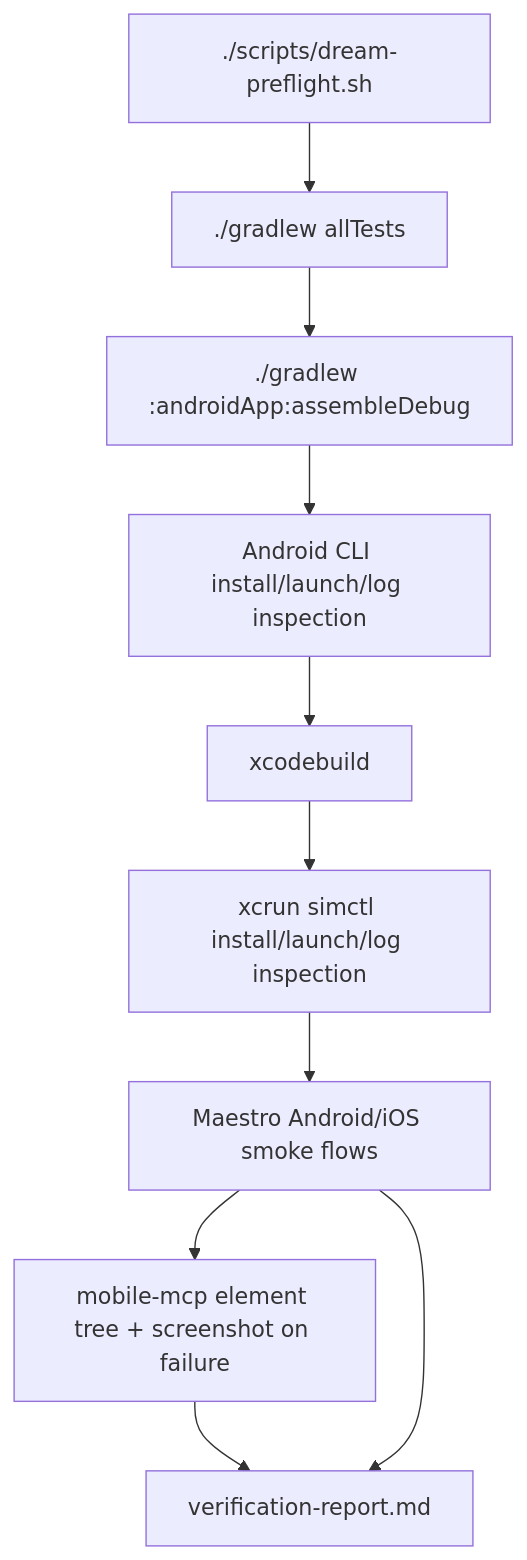
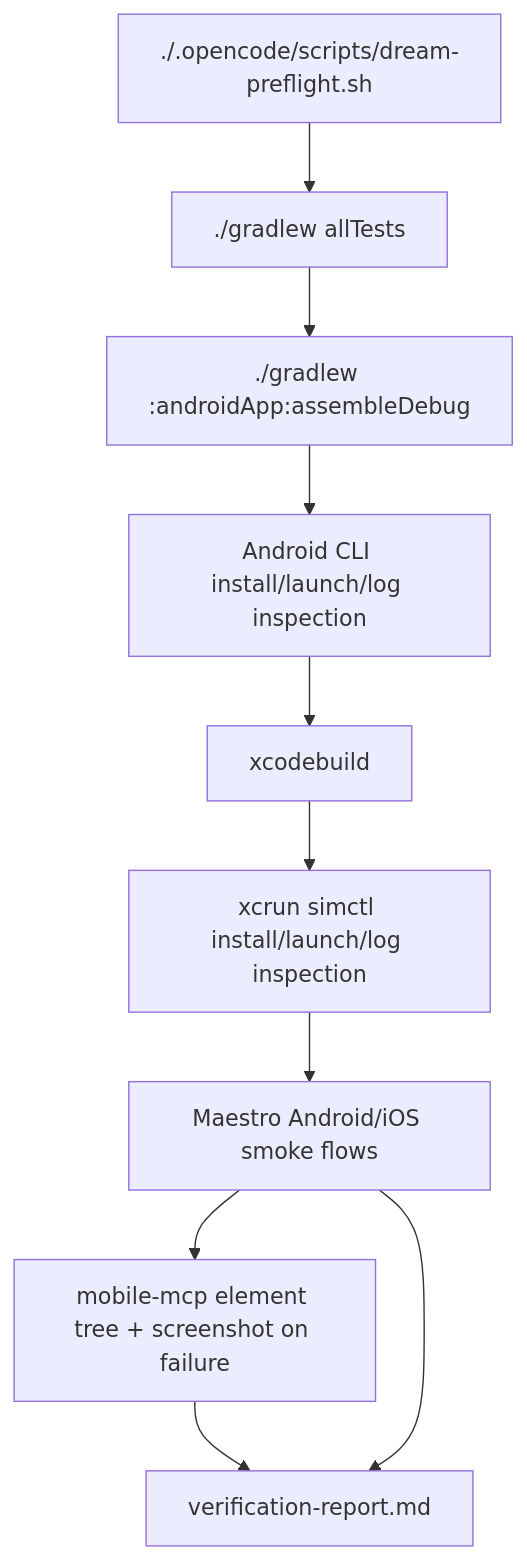
One commit to Helmy2/Dream changed the eighth of 8 diagrams in ONBOARDING.md. Above: the diagram before and after it, drawn with Mermaid. The commit also changed other lines of this file and 19 other files, not shown here.

First line of the commit message:
Move scripts into .opencode/ and protect agent source in generated projects

````diff
--- a/ONBOARDING.md
+++ b/ONBOARDING.md
@@ -282,12 +282,12 @@
 ```mermaid
 flowchart TD
-    Preflight[./scripts/dream-preflight.sh] --> Tests[./gradlew allTests]
+    Preflight[./.opencode/scripts/dream-preflight.sh] --> Tests[./gradlew allTests]
     Tests --> AndroidBuild[./gradlew :androidApp:assembleDebug]
     AndroidBuild --> AndroidRuntime[Android CLI install/launch/log inspection]
     AndroidRuntime --> IOSBuild[xcodebuild]
     IOSBuild --> IOSRuntime[xcrun simctl install/launch/log inspection]
     IOSRuntime --> Maestro[Maestro Android/iOS smoke flows]
     Maestro --> MCP[mobile-mcp element tree + screenshot on failure]
     MCP --> Report[verification-report.md]
     Maestro --> Report
 ```
````
